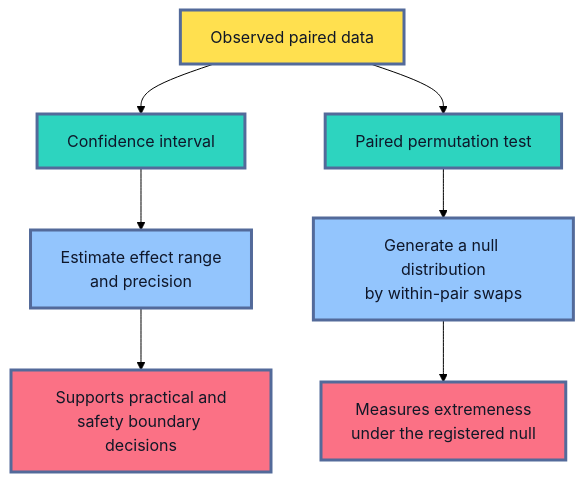
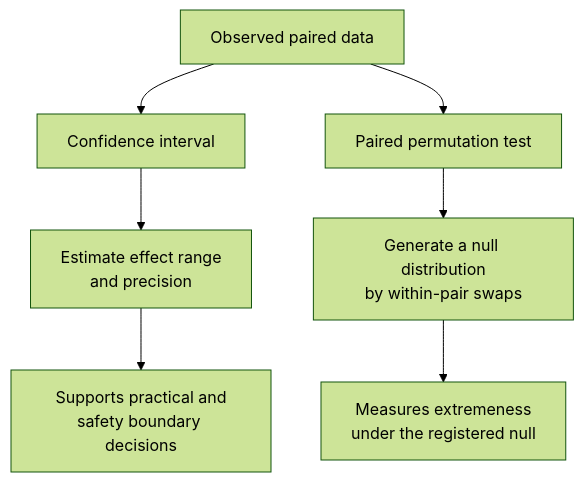
Before and after one commit to senlinyy/dev-roadmaps: the fifth of 10 diagrams in roadmaps/mlops/modules/model-evaluation/offline-evaluation/05-statistical-uncertainty-and-paired-comparisons.md, drawn with Mermaid (forest theme). The commit also changed other lines of this file and 152 other files, not shown here.

Commit message:
feat: mlops and diagrams updated

````diff
--- a/roadmaps/mlops/modules/model-evaluation/offline-evaluation/05-statistical-uncertainty-and-paired-comparisons.md
+++ b/roadmaps/mlops/modules/model-evaluation/offline-evaluation/05-statistical-uncertainty-and-paired-comparisons.md
@@ -405,18 +388,14 @@
 ```mermaid
 flowchart TD
     A["Observed paired data"] --> B["Confidence interval"]
     A --> C["Paired permutation test"]
     B --> D["Estimate effect range<br/>and precision"]
     C --> E["Generate a null distribution<br/>by within-pair swaps"]
     D --> F["Supports practical and<br/>safety boundary decisions"]
     E --> G["Measures extremeness<br/>under the registered null"]
 
-    classDef data fill:#FFE04F,stroke:#536A9A,stroke-width:3px,color:#111827
-    classDef method fill:#2DD4BF,stroke:#536A9A,stroke-width:3px,color:#0F172A
-    classDef answer fill:#93C5FD,stroke:#536A9A,stroke-width:3px,color:#0F172A
-    classDef use fill:#FB7185,stroke:#536A9A,stroke-width:3px,color:#111827
     class A data
     class B,C method
     class D,E answer
     class F,G use
 ```
````
